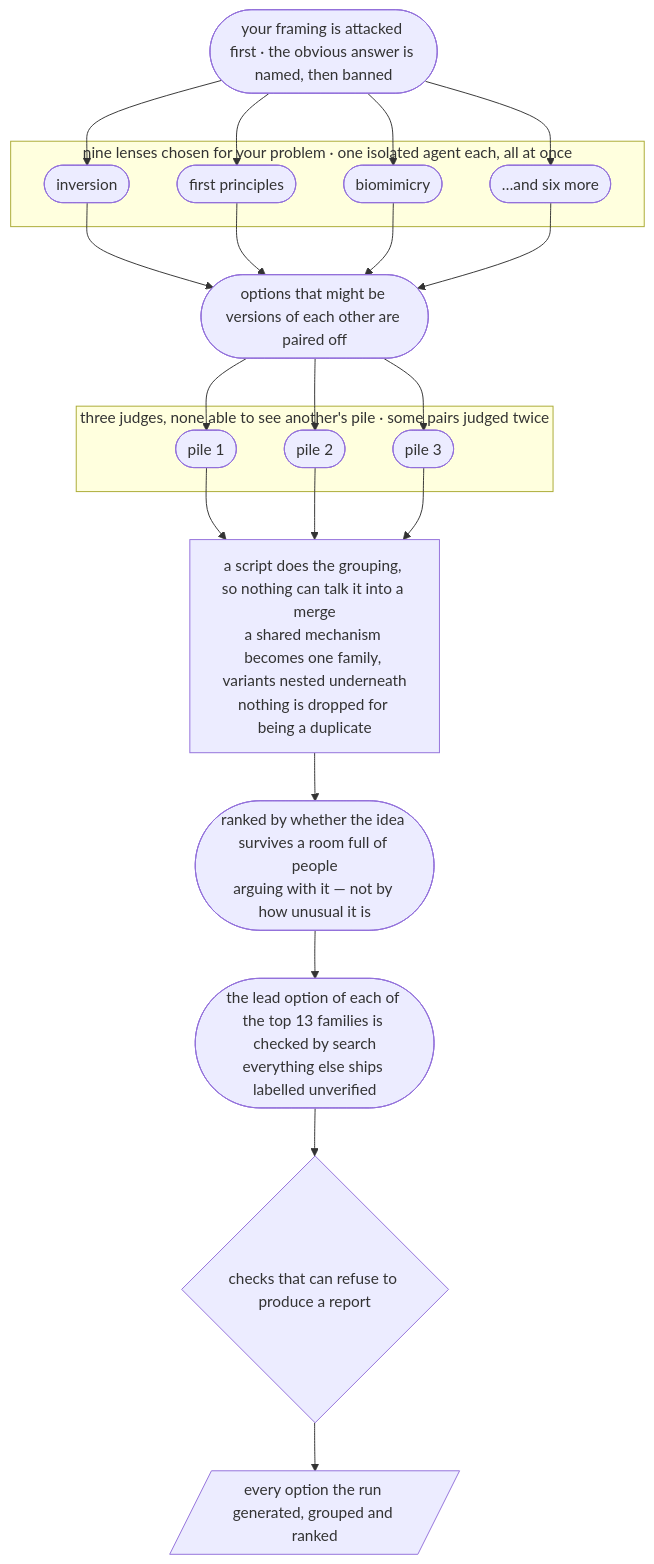
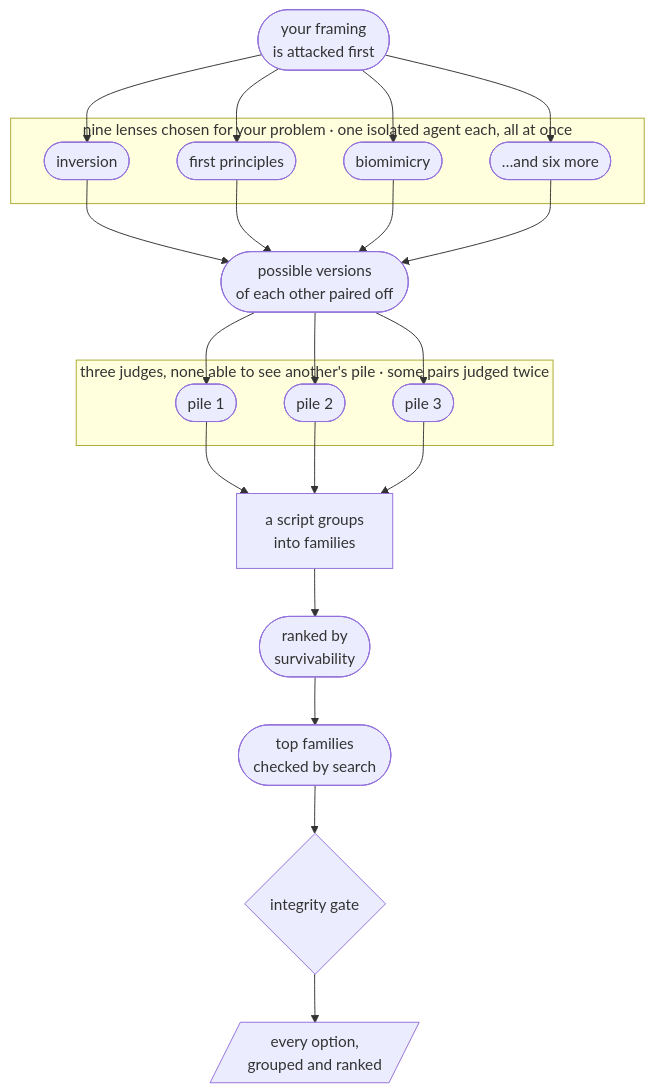
The diagram in README.md (yaniv-golan/creative-problem-solving), drawn with Mermaid before and after one commit. The commit also changed other lines of this file, not shown here.

Commit message:
docs: keep mermaid node labels short enough for GitHub to render
GitHub sizes flowchart nodes with a different font than it paints them
with, so every long node label was clipped around 25 characters. The
prose moves out of the boxes and into the paragraph below the diagram.

````diff
--- a/README.md
+++ b/README.md
@@ -117,32 +117,33 @@
 ```mermaid
 %% Source of truth for these stages is
 %% creative-problem-solving/skills/creative-problem-solving/references/pipeline.md.
 %% Change them there and this diagram is stale.
+%% Keep node labels short — GitHub's renderer clips a line past ~25 characters.
 flowchart TD
     accTitle: How an /ideas run works
 
-    B(["your framing is attacked first · the obvious answer is named, then banned"])
+    B(["your framing<br/>is attacked first"])
 
     subgraph GEN ["nine lenses chosen for your problem · one isolated agent each, all at once"]
         G1(["inversion"])
         G2(["first principles"])
         G3(["biomimicry"])
         G4(["…and six more"])
     end
     B --> G1 & G2 & G3 & G4
 
-    G1 & G2 & G3 & G4 --> PP(["options that might be versions of each other are paired off"])
+    G1 & G2 & G3 & G4 --> PP(["possible versions<br/>of each other paired off"])
     PP --> A1 & A2 & A3
 
     subgraph ADJ ["three judges, none able to see another's pile · some pairs judged twice"]
         A1(["pile 1"])
         A2(["pile 2"])
         A3(["pile 3"])
     end
 
-    A1 & A2 & A3 --> PG["a script does the grouping, so nothing can talk it into a merge<br/>a shared mechanism becomes one family, variants nested underneath<br/>nothing is dropped for being a duplicate"]
-    PG --> RK(["ranked by whether the idea survives a room full of people<br/>arguing with it — not by how unusual it is"])
-    RK --> VF(["the lead option of each of the top 13 families is checked by search<br/>everything else ships labelled unverified"])
-    VF --> GATE{"checks that can refuse to produce a report"}
-    GATE --> OUT[/"every option the run generated, grouped and ranked"/]
+    A1 & A2 & A3 --> PG["a script groups<br/>into families"]
+    PG --> RK(["ranked by<br/>survivability"])
+    RK --> VF(["top families<br/>checked by search"])
+    VF --> GATE{"integrity gate"}
+    GATE --> OUT[/"every option,<br/>grouped and ranked"/]
 ```
````
